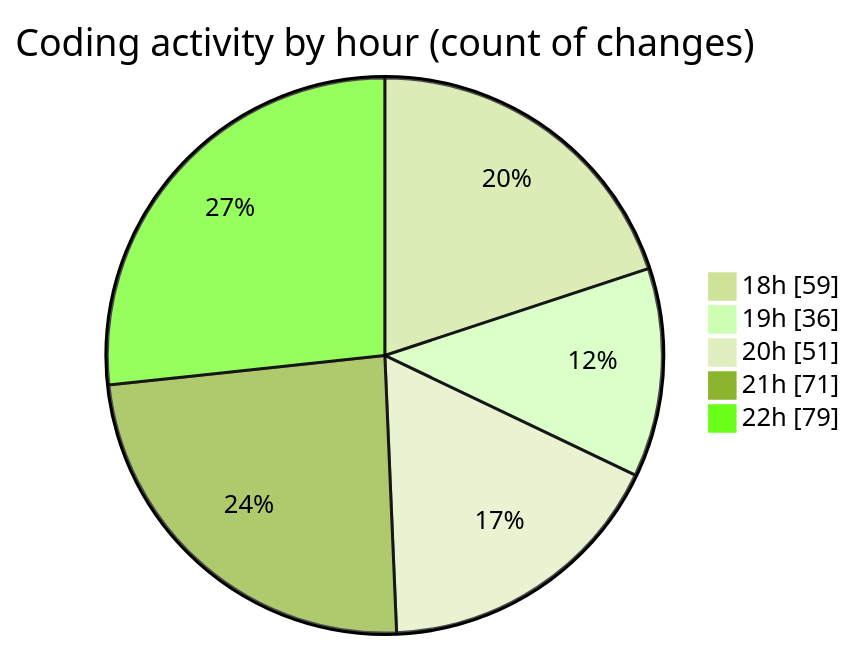
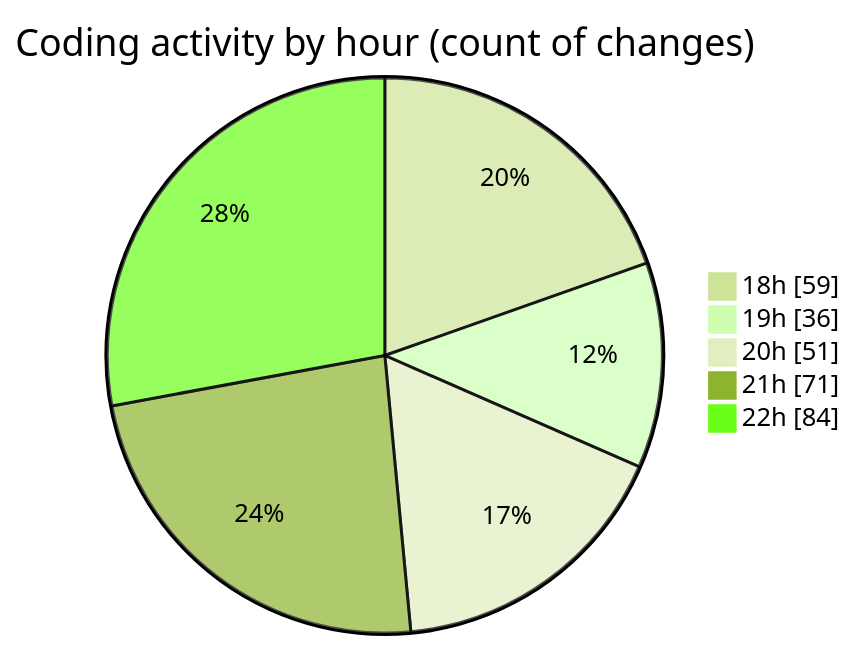
Before and after one commit to Netris89/code-tracking: the second of 2 diagrams in 2025-04-02/back-end/README.md, drawn with Mermaid (forest theme). The commit also changed other lines of this file and 1 other file, not shown here.

````diff
--- a/2025-04-02/back-end/README.md
+++ b/2025-04-02/back-end/README.md
@@ -45,9 +46,9 @@
 ```mermaid
 pie showData
 title Coding activity by hour (count of changes)
 "18h" : 59
 "19h" : 36
 "20h" : 51
 "21h" : 71
-"22h" : 79
+"22h" : 84
 ```
````
